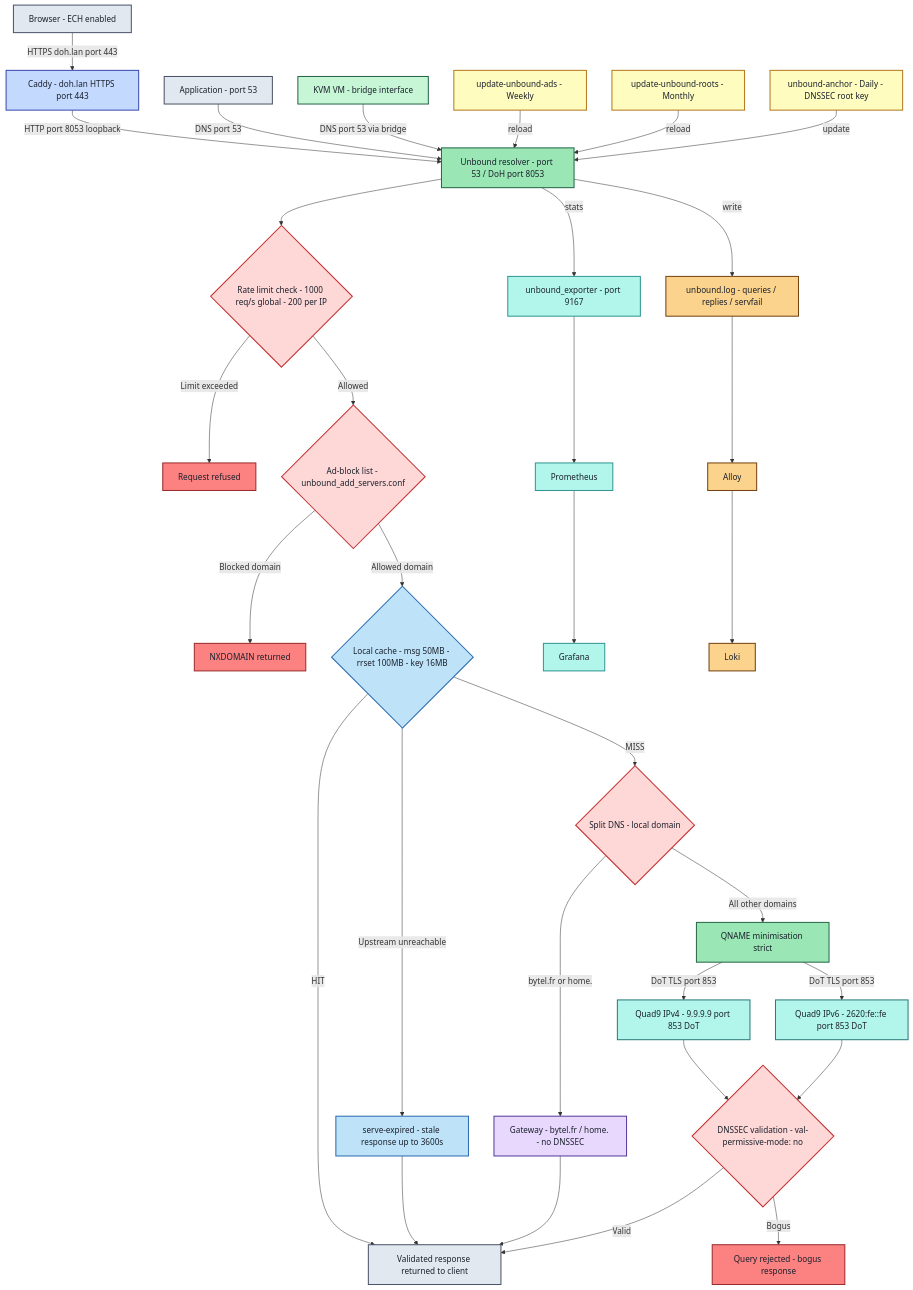
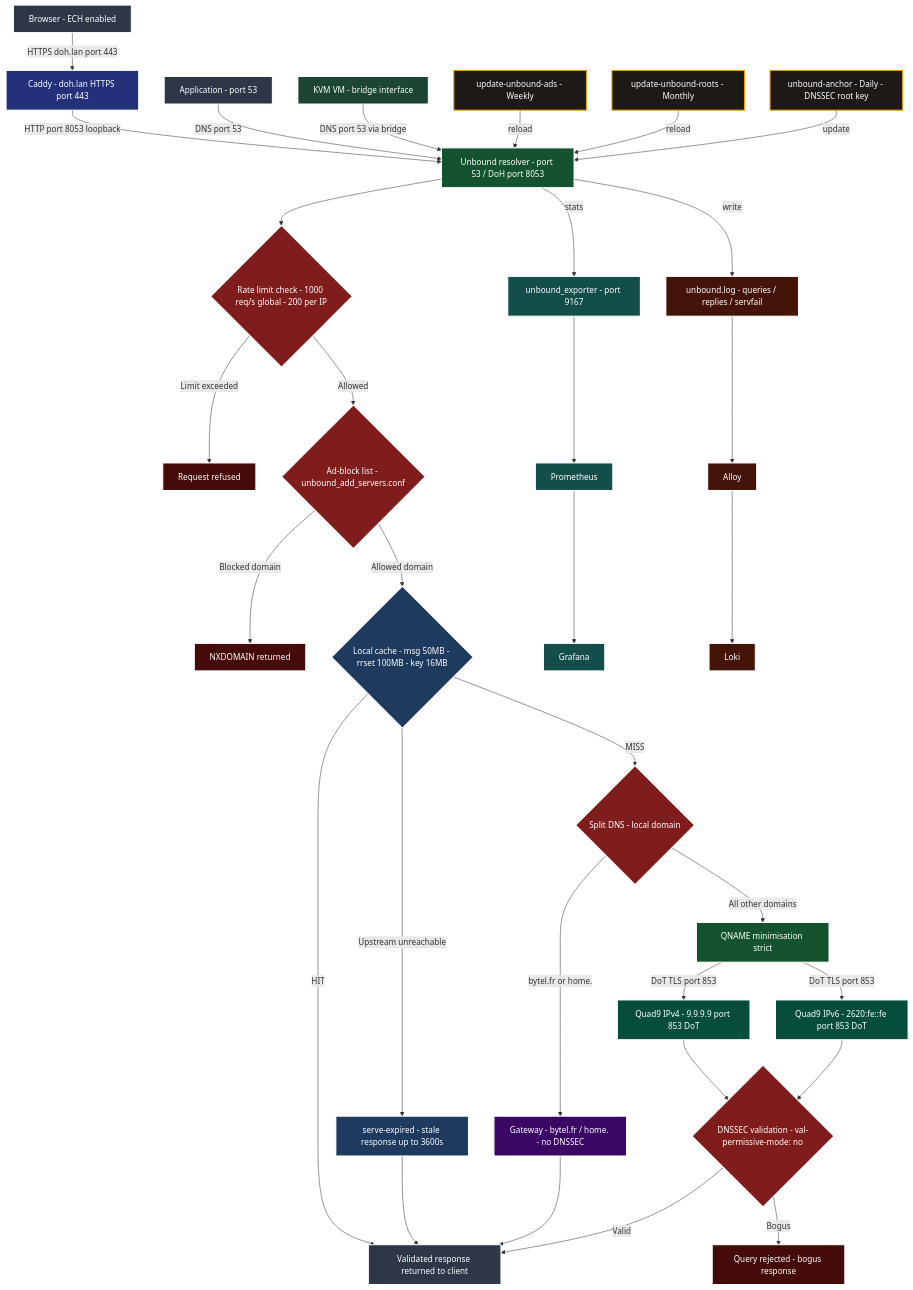
Before and after one commit to crisis1er/unbound: the diagram in README.md, drawn with Mermaid.

Commit message:
docs: dark fills with white text for contrast

````diff
--- a/README.md
+++ b/README.md
@@ -32,17 +32,17 @@
 ```mermaid
 flowchart TD
-    classDef client fill:#e2e8f0,stroke:#4a5568,stroke-width:2px,color:#1a202c
-    classDef kvm fill:#c6f6d5,stroke:#276749,stroke-width:2px,color:#1a202c
-    classDef proxy fill:#c3dafe,stroke:#3c4ab0,stroke-width:2px,color:#1a202c
-    classDef resolver fill:#9ae6b4,stroke:#276749,stroke-width:2px,color:#1a202c
-    classDef decision fill:#fed7d7,stroke:#c53030,stroke-width:2px,color:#1a202c
-    classDef blocked fill:#fc8181,stroke:#9b2c2c,stroke-width:2px,color:#1a202c
-    classDef cache fill:#bee3f8,stroke:#2b6cb0,stroke-width:2px,color:#1a202c
-    classDef local fill:#e9d8fd,stroke:#553c9a,stroke-width:2px,color:#1a202c
-    classDef upstream fill:#b2f5ea,stroke:#2c7a7b,stroke-width:2px,color:#1a202c
-    classDef monitoring fill:#b2f5ea,stroke:#319795,stroke-width:2px,color:#1a202c
-    classDef logs fill:#fbd38d,stroke:#744210,stroke-width:2px,color:#1a202c
-    classDef maintenance fill:#fefcbf,stroke:#b7791f,stroke-width:2px,color:#1a202c
+    classDef client fill:#2d3748,stroke:#ffffff,stroke-width:2px,color:#ffffff
+    classDef kvm fill:#1c4532,stroke:#ffffff,stroke-width:2px,color:#ffffff
+    classDef proxy fill:#23317a,stroke:#ffffff,stroke-width:2px,color:#ffffff
+    classDef resolver fill:#14532d,stroke:#ffffff,stroke-width:2px,color:#ffffff
+    classDef decision fill:#7f1d1d,stroke:#ffffff,stroke-width:2px,color:#ffffff
+    classDef blocked fill:#450a0a,stroke:#ffffff,stroke-width:2px,color:#ffffff
+    classDef cache fill:#1e3a5f,stroke:#ffffff,stroke-width:2px,color:#ffffff
+    classDef local fill:#3b0764,stroke:#ffffff,stroke-width:2px,color:#ffffff
+    classDef upstream fill:#064e3b,stroke:#ffffff,stroke-width:2px,color:#ffffff
+    classDef monitoring fill:#134e4a,stroke:#ffffff,stroke-width:2px,color:#ffffff
+    classDef logs fill:#431407,stroke:#ffffff,stroke-width:2px,color:#ffffff
+    classDef maintenance fill:#1c1917,stroke:#f59e0b,stroke-width:2px,color:#ffffff
 
     BROWSER["Browser - ECH enabled"]:::client
     CADDY["Caddy - doh.lan HTTPS port 443"]:::proxy
````
